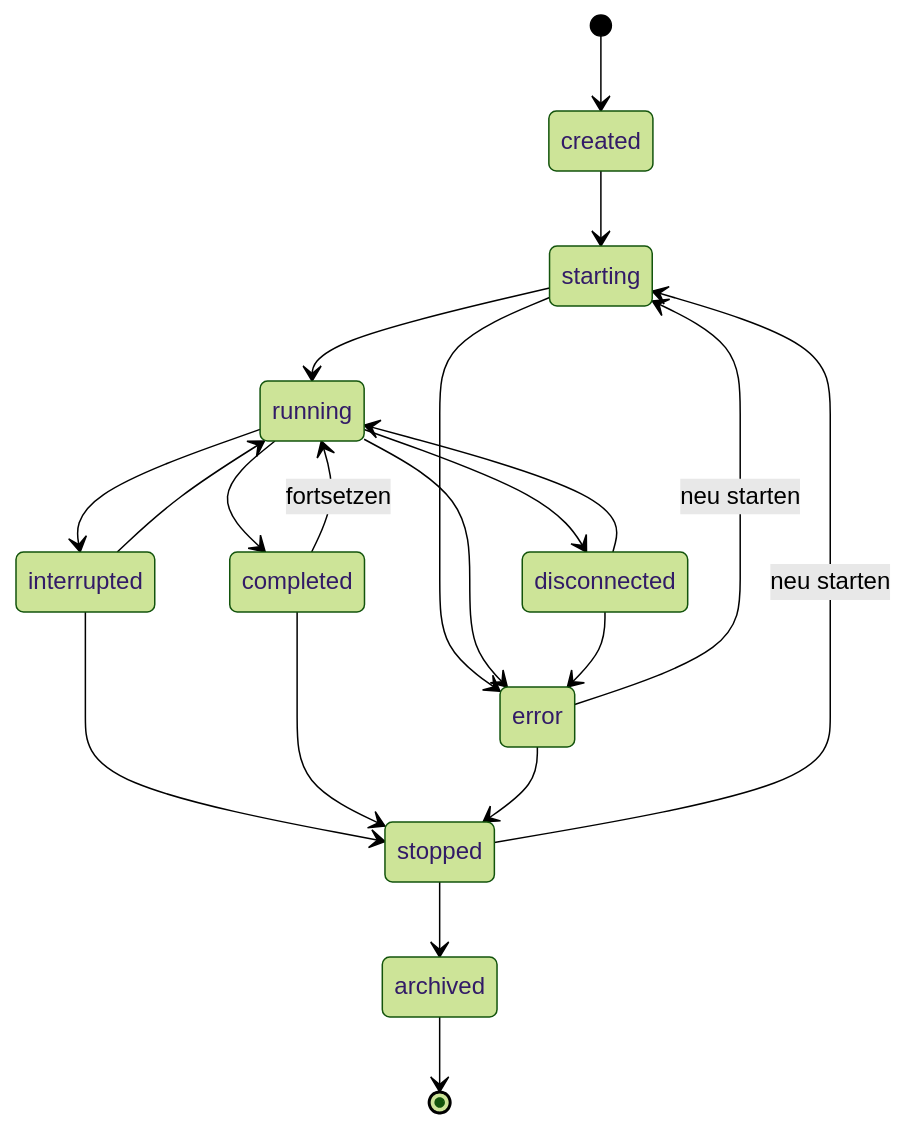
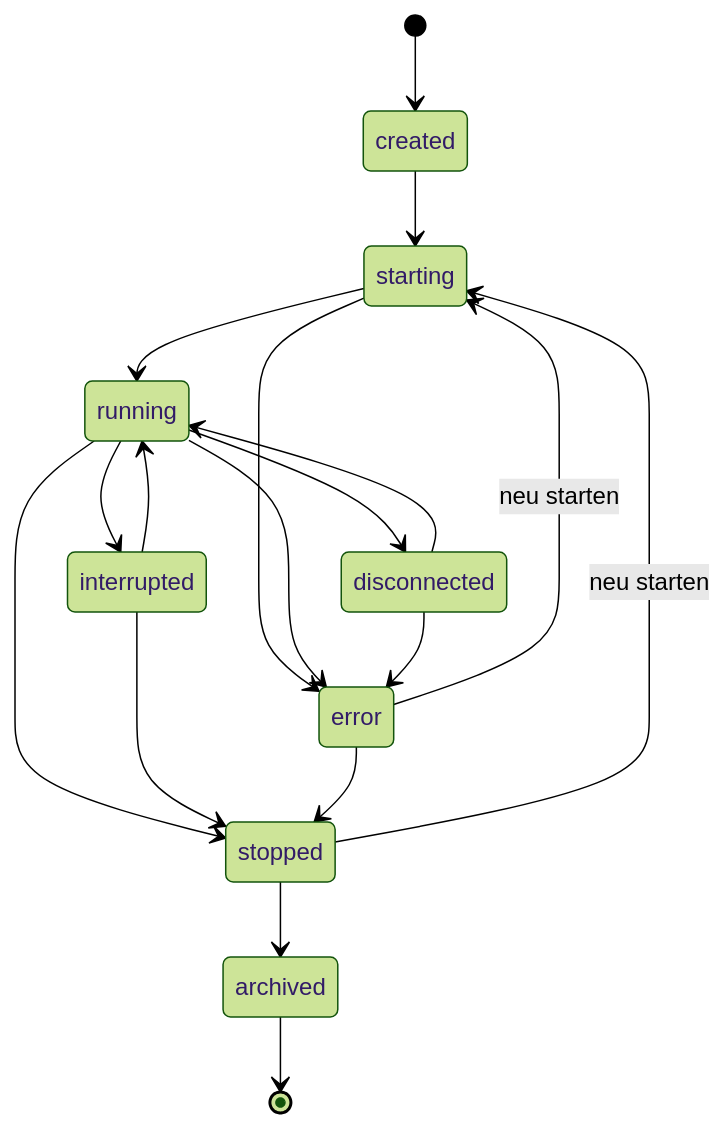
One commit to rogertobler/roundtable changed the diagram in docs/05-domain-model.md. Above: the diagram before and after it, drawn with Mermaid (forest theme). The commit also changed other lines of this file and 12 other files, not shown here.

````diff
--- a/docs/05-domain-model.md
+++ b/docs/05-domain-model.md
@@ -469,22 +469,20 @@
 ```mermaid
 stateDiagram-v2
     [*] --> created
     created --> starting
     starting --> running
     starting --> error
     running --> interrupted
-    running --> completed
+    running --> stopped
     running --> error
     running --> disconnected
     interrupted --> running
     interrupted --> stopped
     disconnected --> running
     disconnected --> error
-    completed --> running: fortsetzen
-    completed --> stopped
     error --> starting: neu starten
     error --> stopped
     stopped --> starting: neu starten
     stopped --> archived
     archived --> [*]
 ```
````
